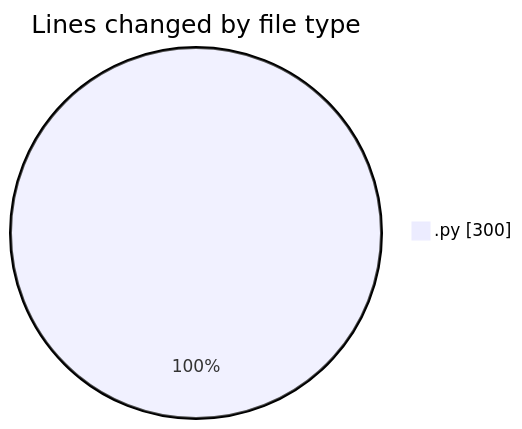
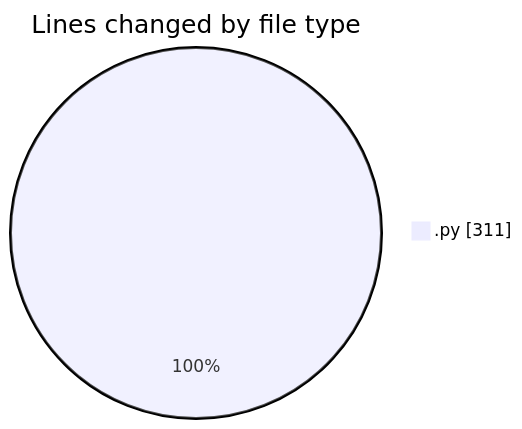
One commit to FelipKnott/code-tracking changed the first of 2 diagrams in 2025-07-02/cursor/README.md. Above: the diagram before and after it, drawn with Mermaid. The commit also changed other lines of this file and 1 other file, not shown here.

````diff
--- a/2025-07-02/cursor/README.md
+++ b/2025-07-02/cursor/README.md
@@ -22,5 +22,5 @@
 ```mermaid
 pie showData
 title Lines changed by file type
-".py" : 300
+".py" : 311
 ```
````
